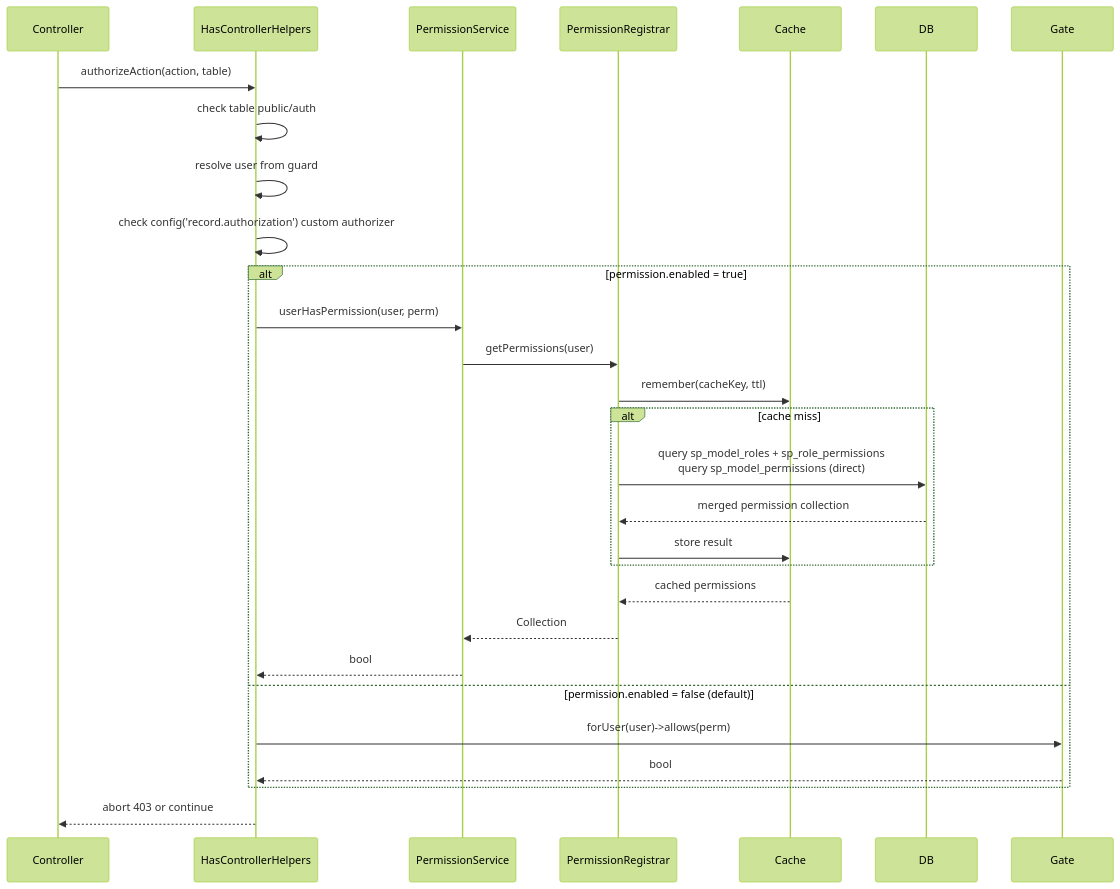
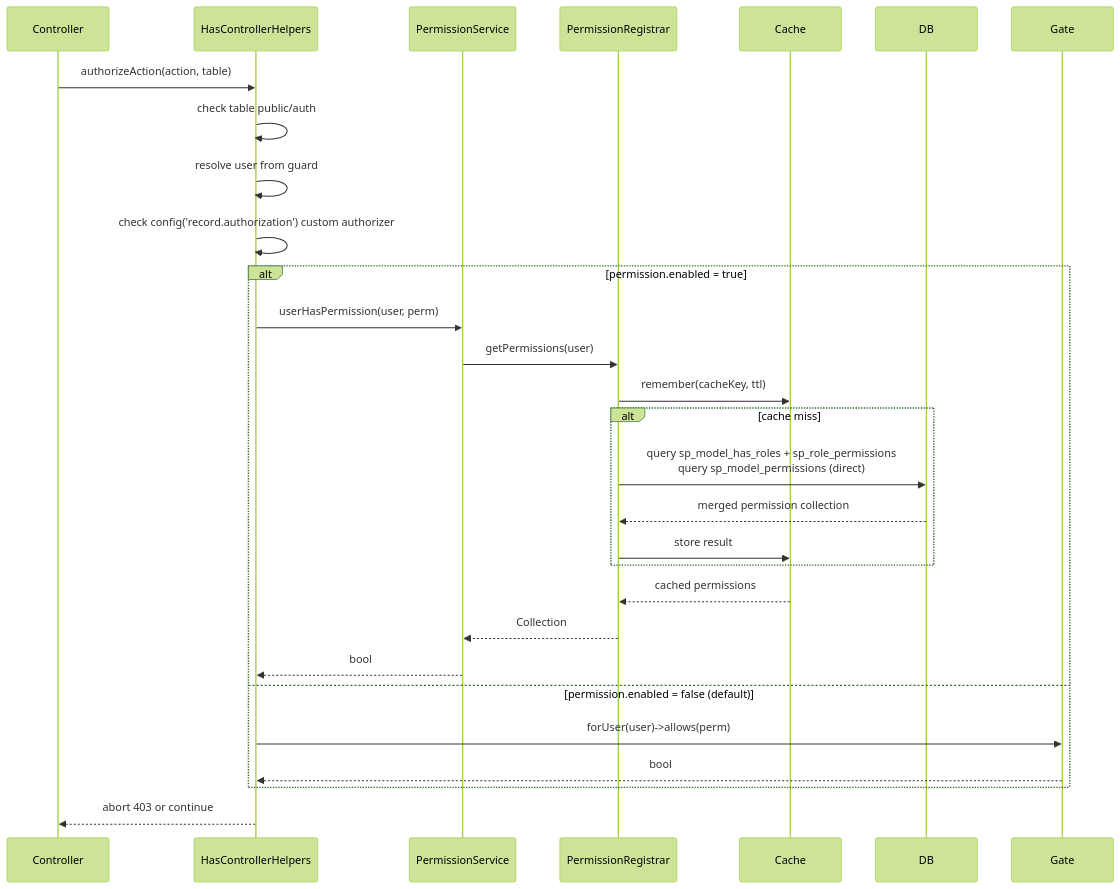
The second of 3 diagrams in docs/guide/features/feature-permission.md (sopheaksem9999/sp-laravel-unified-api), drawn with Mermaid (forest theme) before and after one commit. The commit also changed other lines of this file and 53 other files, not shown here.

````diff
--- a/docs/guide/features/feature-permission.md
+++ b/docs/guide/features/feature-permission.md
@@ -143,31 +144,31 @@
 ```mermaid
 sequenceDiagram
     participant C as Controller
     participant HCH as HasControllerHelpers
     participant PS as PermissionService
     participant PR as PermissionRegistrar
     participant Cache
     participant DB
 
     C->>HCH: authorizeAction(action, table)
     HCH->>HCH: check table public/auth
     HCH->>HCH: resolve user from guard
     HCH->>HCH: check config('record.authorization') custom authorizer
     alt permission.enabled = true
         HCH->>PS: userHasPermission(user, perm)
         PS->>PR: getPermissions(user)
         PR->>Cache: remember(cacheKey, ttl)
         alt cache miss
-            PR->>DB: query sp_model_roles + sp_role_permissions<br/>query sp_model_permissions (direct)
+            PR->>DB: query sp_model_has_roles + sp_role_permissions<br/>query sp_model_permissions (direct)
             DB-->>PR: merged permission collection
             PR->>Cache: store result
         end
         Cache-->>PR: cached permissions
         PR-->>PS: Collection
         PS-->>HCH: bool
     else permission.enabled = false (default)
         HCH->>Gate: forUser(user)->allows(perm)
         Gate-->>HCH: bool
     end
     HCH-->>C: abort 403 or continue
 ```
````
